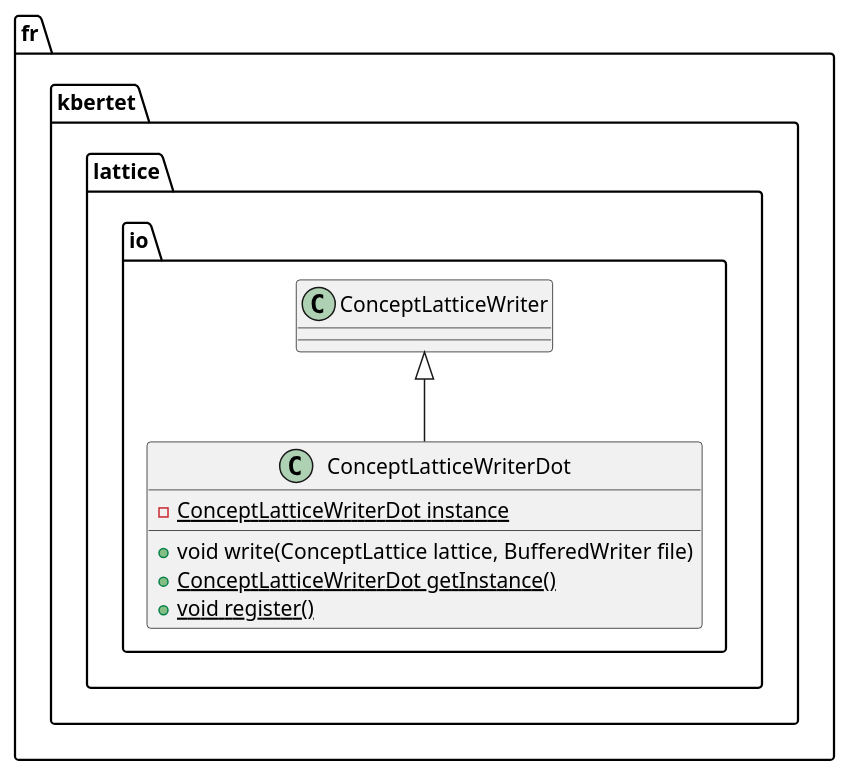
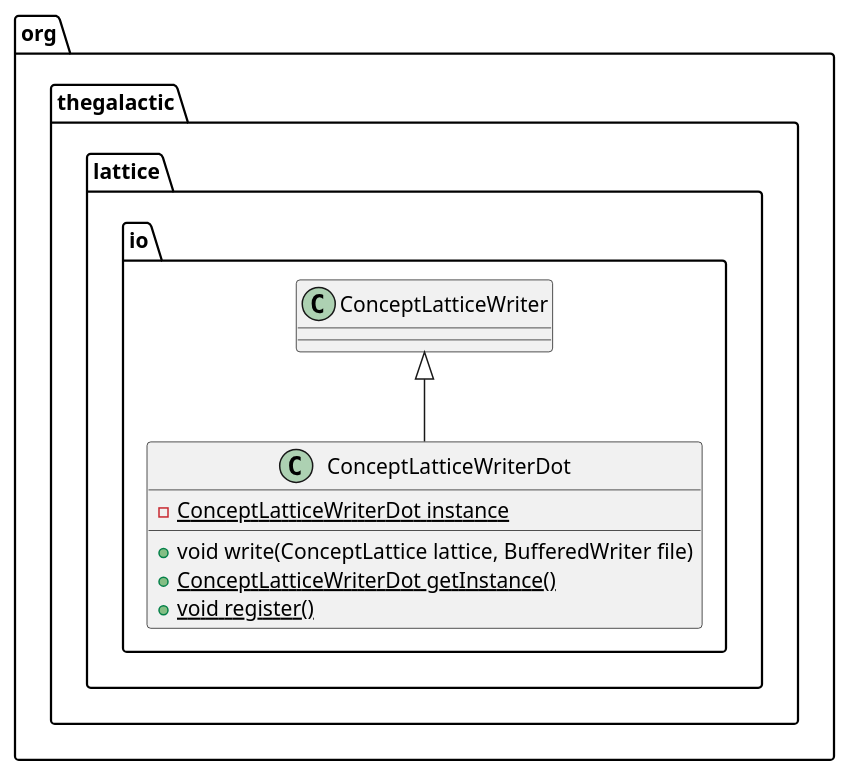
One commit to thegalactic/java-lattices changed the diagram in src/main/javadoc/resources/org/thegalactic/lattice/io/ConceptLatticeWriterDot.iuml. Above: the diagram before and after it, drawn with PlantUML. The commit also changed 40 other files, not shown here.

Commit message:
Using org.thegalactic namespace

```diff
--- a/src/main/javadoc/resources/org/thegalactic/lattice/io/ConceptLatticeWriterDot.iuml
+++ b/src/main/javadoc/resources/org/thegalactic/lattice/io/ConceptLatticeWriterDot.iuml
@@ -1,10 +1,10 @@
-package fr.kbertet.lattice.io {
+package org.thegalactic.lattice.io {
     class ConceptLatticeWriterDot {
     	-{static}ConceptLatticeWriterDot instance
         +void write(ConceptLattice lattice, BufferedWriter file)
         +{static}ConceptLatticeWriterDot getInstance()
         +{static}void register()
     }
 
     ConceptLatticeWriter <|-- ConceptLatticeWriterDot
 }
```
